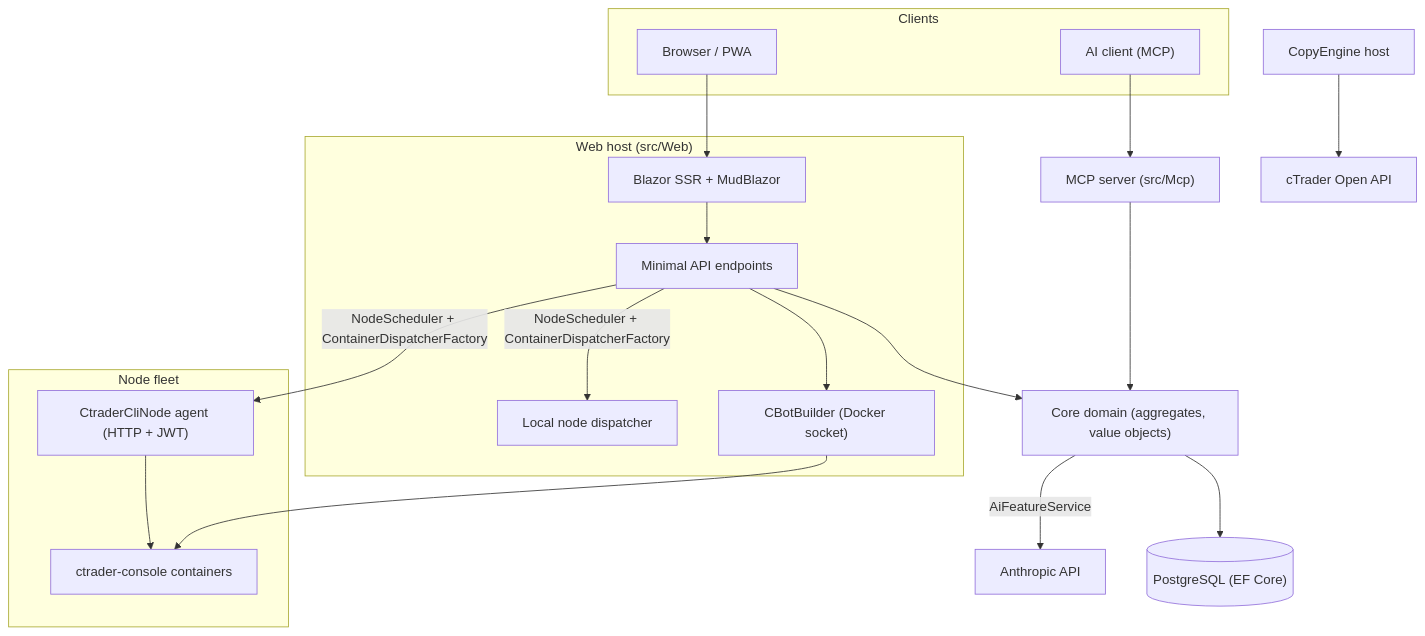
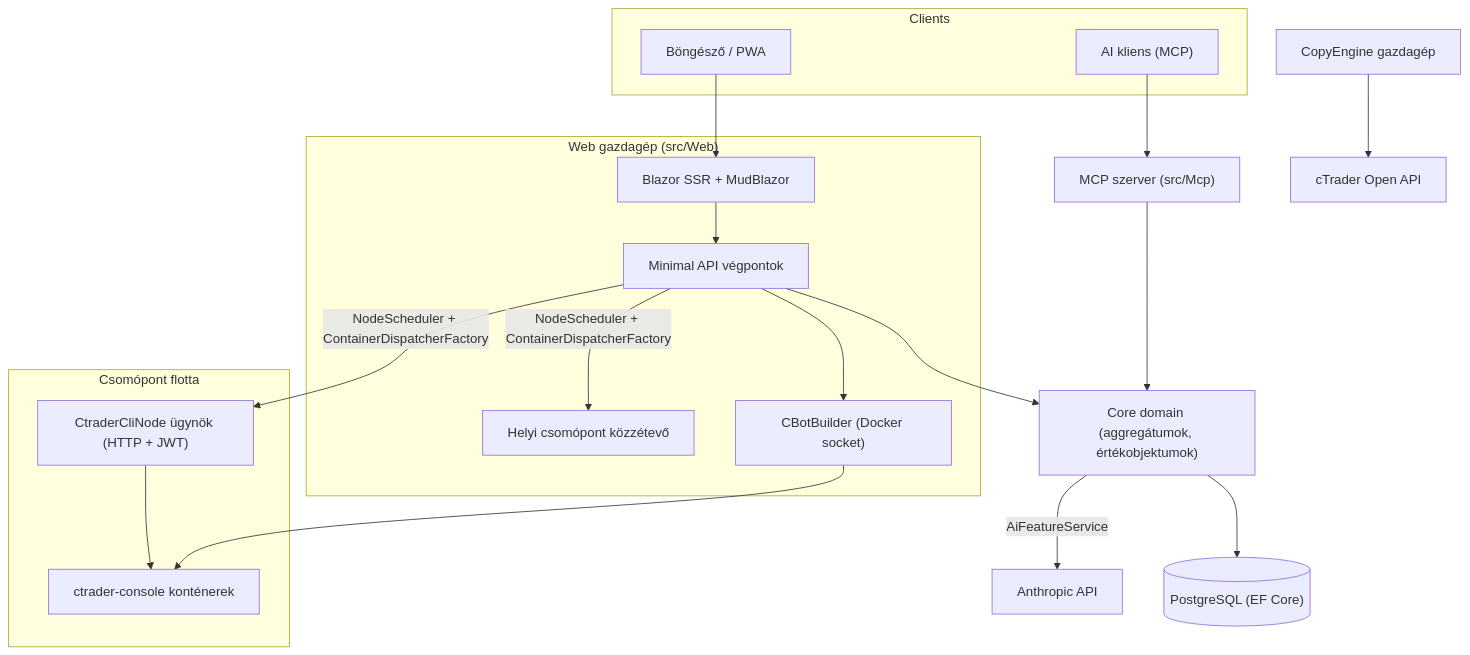
The diagram in website/i18n/hu/docusaurus-plugin-content-docs/current/architecture.md (amusleh-spotware-com/cmind), drawn with Mermaid before and after one commit. The commit also changed other lines of this file and 509 other files, not shown here.

````diff
--- a/website/i18n/hu/docusaurus-plugin-content-docs/current/architecture.md
+++ b/website/i18n/hu/docusaurus-plugin-content-docs/current/architecture.md
@@ -33,37 +29,37 @@
 ```mermaid
 flowchart TB
     subgraph Clients
-        Browser["Browser / PWA"]
-        AiClient["AI client (MCP)"]
+        Browser["Böngésző / PWA"]
+        AiClient["AI kliens (MCP)"]
     end
 
-    subgraph WebHost["Web host (src/Web)"]
+    subgraph WebHost["Web gazdagép (src/Web)"]
         UI["Blazor SSR + MudBlazor"]
-        Api["Minimal API endpoints"]
+        Api["Minimal API végpontok"]
         Builder["CBotBuilder (Docker socket)"]
-        LocalNode["Local node dispatcher"]
+        LocalNode["Helyi csomópont közzétevő"]
     end
 
-    Mcp["MCP server (src/Mcp)"]
-    Core["Core domain (aggregates, value objects)"]
+    Mcp["MCP szerver (src/Mcp)"]
+    Core["Core domain (aggregátumok, értékobjektumok)"]
     Db[("PostgreSQL (EF Core)")]
 
-    subgraph Fleet["Node fleet"]
-        ExtNode["CtraderCliNode agent (HTTP + JWT)"]
-        Docker["ctrader-console containers"]
+    subgraph Fleet["Csomópont flotta"]
+        ExtNode["CtraderCliNode ügynök (HTTP + JWT)"]
+        Docker["ctrader-console konténerek"]
     end
 
-    Copy["CopyEngine host"]
+    Copy["CopyEngine gazdagép"]
     OpenApi["cTrader Open API"]
     Anthropic["Anthropic API"]
 
     Browser --> UI --> Api
     AiClient --> Mcp --> Core
     Api --> Core
     Core --> Db
     Api --> Builder --> Docker
     Api -->|NodeScheduler + ContainerDispatcherFactory| LocalNode & ExtNode
     ExtNode --> Docker
     Copy --> OpenApi
     Core -->|AiFeatureService| Anthropic
 ```
````
